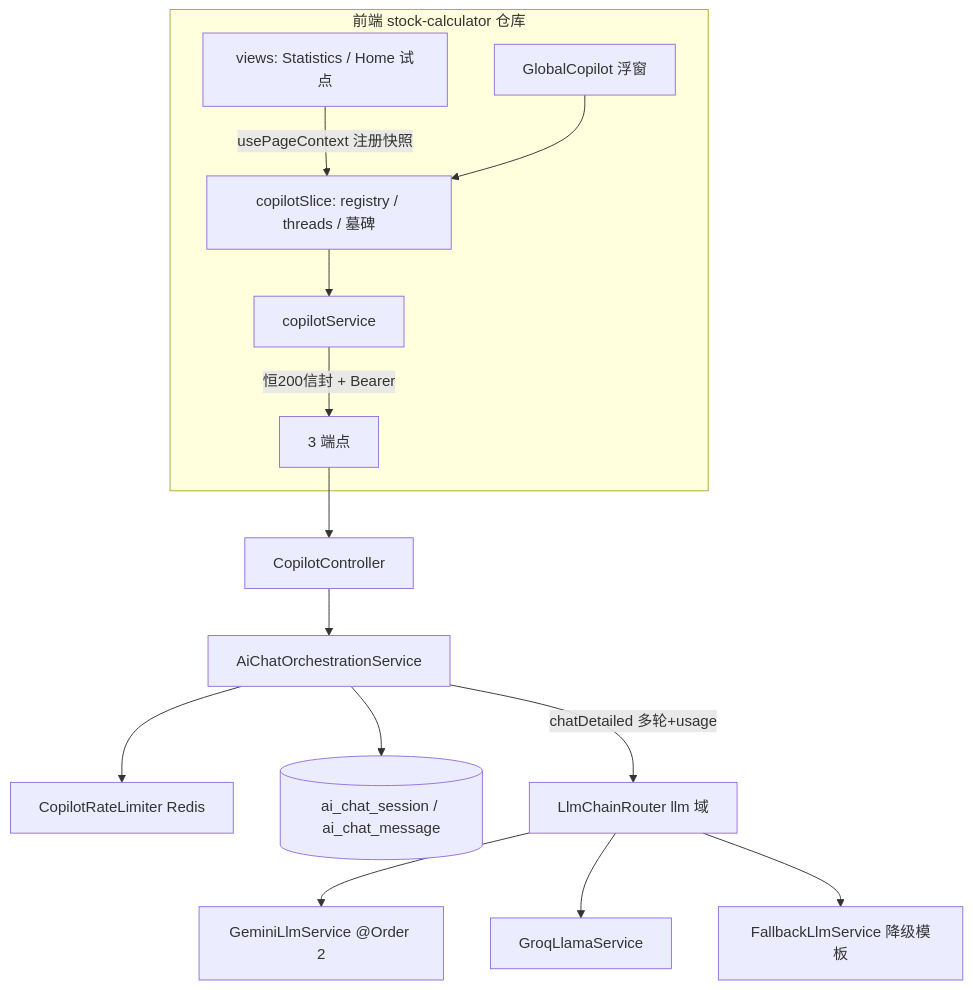
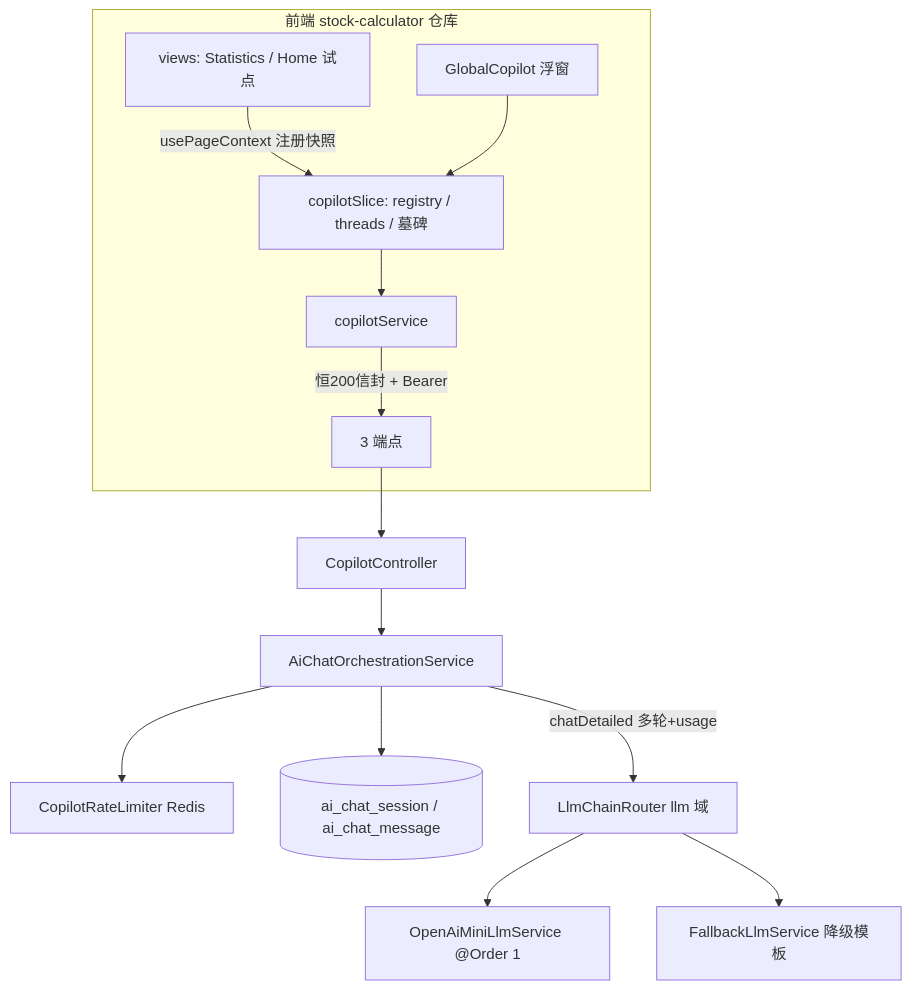
Before and after one commit to loveheng/stock-calculator-service: the first of 4 diagrams in docs/copilot/design.md, drawn with Mermaid. The commit also changed other lines of this file and 123 other files, not shown here.

````diff
--- a/docs/copilot/design.md
+++ b/docs/copilot/design.md
@@ -67,17 +67,16 @@
 ```mermaid
 flowchart TD
     subgraph FE[前端 stock-calculator 仓库]
         V[views: Statistics / Home 试点] -->|usePageContext 注册快照| REG[copilotSlice: registry / threads / 墓碑]
         UI[GlobalCopilot 浮窗] --> REG
         SVC[copilotService] -->|恒200信封 + Bearer| API3[3 端点]
         REG --> SVC
     end
     API3 --> CT[CopilotController]
     CT --> ORC[AiChatOrchestrationService]
     ORC --> RL[CopilotRateLimiter Redis]
     ORC --> REPO[(ai_chat_session / ai_chat_message)]
     ORC -->|chatDetailed 多轮+usage| RTR[LlmChainRouter llm 域]
-    RTR --> GEM[GeminiLlmService @Order 2]
-    RTR --> GRQ[GroqLlamaService]
+    RTR --> OPM[OpenAiMiniLlmService @Order 1]
     RTR --> FB[FallbackLlmService 降级模板]
 ```
````
